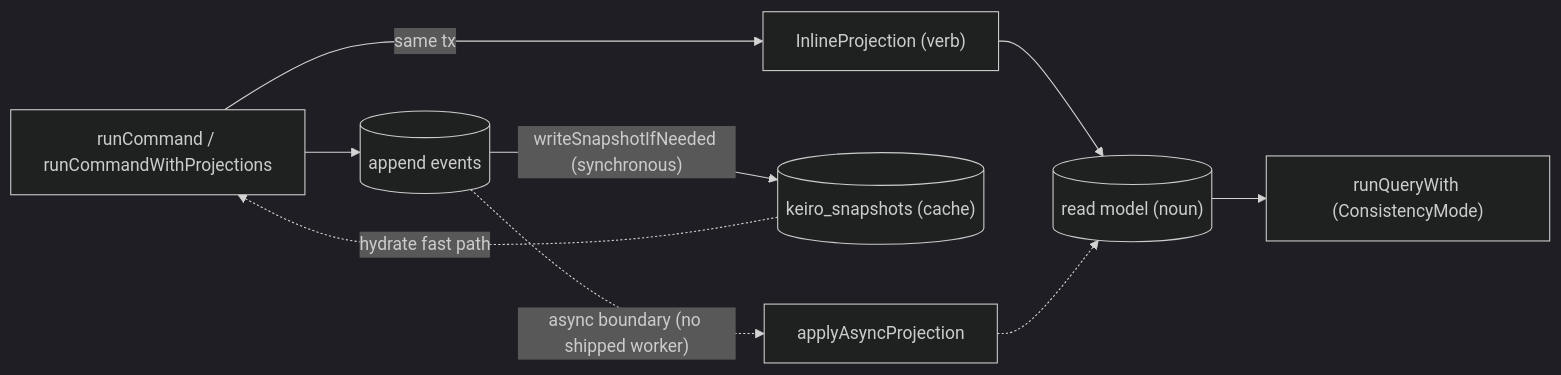
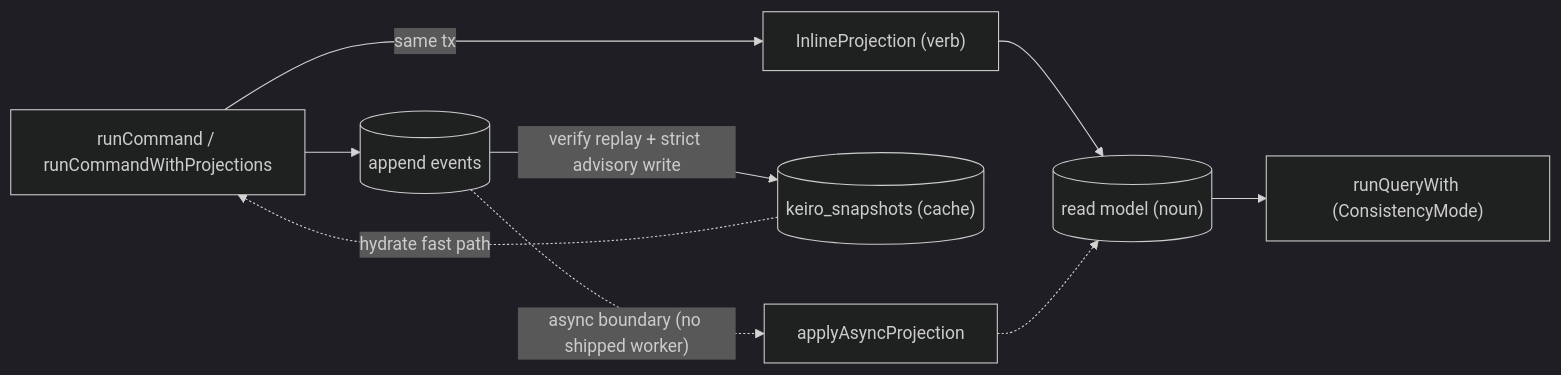
One commit to shinzui/keiro-runtime-docs changed the diagram in content/docs/keiro/walkthrough/read-side/00-start-here.mdx. Above: the diagram before and after it, drawn with Mermaid (dark theme). The commit also changed other lines of this file and 14 other files, not shown here.

First line of the commit message:
docs(keiro): explain advisory snapshot recovery

````diff
--- a/content/docs/keiro/walkthrough/read-side/00-start-here.mdx
+++ b/content/docs/keiro/walkthrough/read-side/00-start-here.mdx
@@ -48,11 +48,11 @@
 ```mermaid
 flowchart LR
   Cmd["runCommand / runCommandWithProjections"] --> Append[("append events")]
   Cmd -- "same tx" --> Inline["InlineProjection (verb)"]
   Inline --> RM[("read model (noun)")]
-  Append -- "writeSnapshotIfNeeded (synchronous)" --> Snap[("keiro_snapshots (cache)")]
+  Append -- "verify replay + strict advisory write" --> Snap[("keiro_snapshots (cache)")]
   Snap -. "hydrate fast path" .-> Cmd
   RM --> Query["runQueryWith (ConsistencyMode)"]
   Append -. "async boundary (no shipped worker)" .-> Async["applyAsyncProjection"]
   Async -.-> RM
 ```
````
